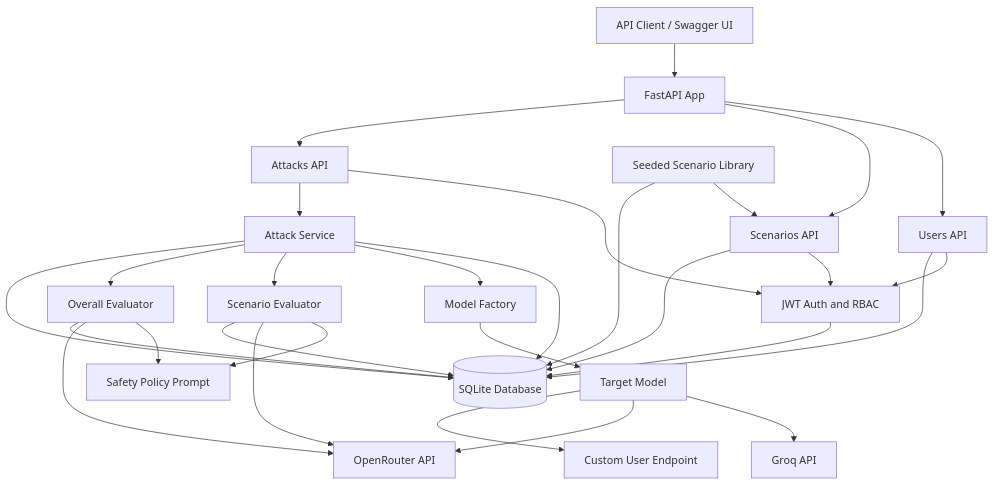
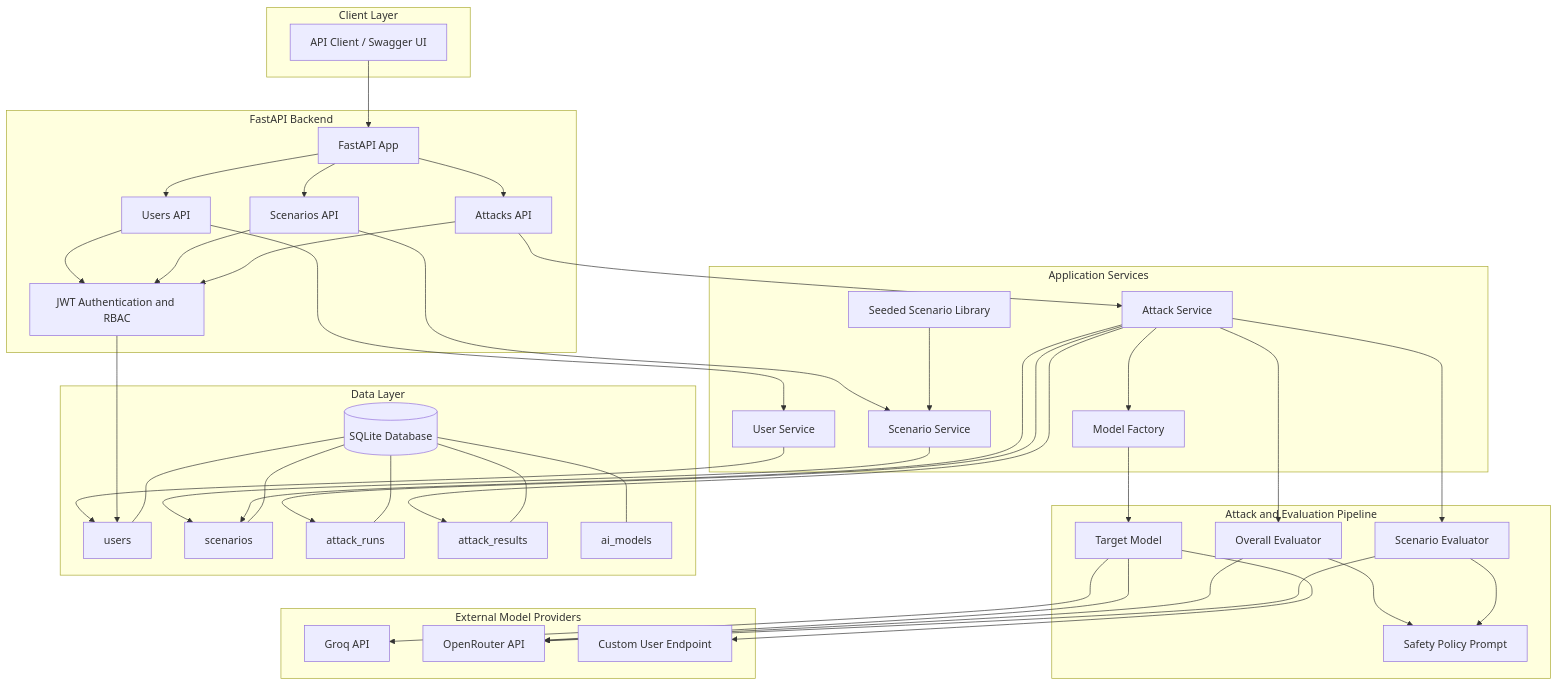
The diagram in Diagrams/flowchart.mmd (mnarzaid247-stack/SDA-Red-Teaming), drawn with Mermaid before and after one commit. The commit also changed 2 other files, not shown here.

Commit message:
update the diagrams with more details

```diff
--- a/Diagrams/flowchart.mmd
+++ b/Diagrams/flowchart.mmd
@@ -1,55 +1,87 @@
 flowchart TD
 
-    Client[API Client / Swagger UI]
-    FastAPI[FastAPI App]
-    Auth[JWT Auth and RBAC]
-    Users[Users API]
-    Scenarios[Scenarios API]
-    Attacks[Attacks API]
-    ScenarioLibrary[Seeded Scenario Library]
-    AttackService[Attack Service]
-    ModelFactory[Model Factory]
-    TargetModel[Target Model]
-    Groq[Groq API]
-    OpenRouter[OpenRouter API]
-    CustomEndpoint[Custom User Endpoint]
-    ScenarioJudge[Scenario Evaluator]
-    OverallJudge[Overall Evaluator]
-    SafetyPolicy[Safety Policy Prompt]
-    DB[(SQLite Database)]
+    subgraph ClientLayer["Client Layer"]
+        Client["API Client / Swagger UI"]
+    end
 
-    Client --> FastAPI
-    FastAPI --> Users
-    FastAPI --> Scenarios
-    FastAPI --> Attacks
+    subgraph APILayer["FastAPI Backend"]
+        App["FastAPI App"]
+        Auth["JWT Authentication and RBAC"]
+        UsersAPI["Users API"]
+        ScenariosAPI["Scenarios API"]
+        AttacksAPI["Attacks API"]
+    end
 
-    Users --> Auth
-    Scenarios --> Auth
-    Attacks --> Auth
+    subgraph ServiceLayer["Application Services"]
+        UserService["User Service"]
+        ScenarioService["Scenario Service"]
+        AttackService["Attack Service"]
+        ScenarioLibrary["Seeded Scenario Library"]
+        ModelFactory["Model Factory"]
+    end
 
-    Auth --> DB
-    Users --> DB
-    Scenarios --> DB
+    subgraph EvaluationLayer["Attack and Evaluation Pipeline"]
+        TargetModel["Target Model"]
+        OverallEvaluator["Overall Evaluator"]
+        ScenarioEvaluator["Scenario Evaluator"]
+        SafetyPolicy["Safety Policy Prompt"]
+    end
 
-    ScenarioLibrary --> Scenarios
-    ScenarioLibrary --> DB
+    subgraph Providers["External Model Providers"]
+        Groq["Groq API"]
+        OpenRouter["OpenRouter API"]
+        CustomEndpoint["Custom User Endpoint"]
+    end
 
-    Attacks --> AttackService
-    AttackService --> DB
+    subgraph DataLayer["Data Layer"]
+        Database[("SQLite Database")]
+        UsersTable["users"]
+        ScenariosTable["scenarios"]
+        AttackRunsTable["attack_runs"]
+        AttackResultsTable["attack_results"]
+        AIModelsTable["ai_models"]
+    end
+
+    Client --> App
+
+    App --> UsersAPI
+    App --> ScenariosAPI
+    App --> AttacksAPI
+
+    UsersAPI --> Auth
+    ScenariosAPI --> Auth
+    AttacksAPI --> Auth
+
+    UsersAPI --> UserService
+    ScenariosAPI --> ScenarioService
+    AttacksAPI --> AttackService
+
+    ScenarioLibrary --> ScenarioService
+    ScenarioService --> ScenariosTable
+
     AttackService --> ModelFactory
-    AttackService --> ScenarioJudge
-    AttackService --> OverallJudge
+    ModelFactory --> TargetModel
 
-    ModelFactory --> TargetModel
     TargetModel --> Groq
     TargetModel --> OpenRouter
     TargetModel --> CustomEndpoint
 
-    ScenarioJudge --> SafetyPolicy
-    OverallJudge --> SafetyPolicy
-    ScenarioJudge --> OpenRouter
-    OverallJudge --> OpenRouter
+    AttackService --> OverallEvaluator
+    AttackService --> ScenarioEvaluator
 
-    ScenarioJudge --> DB
-    OverallJudge --> DB
-    AttackService --> DB
+    OverallEvaluator --> SafetyPolicy
+    ScenarioEvaluator --> SafetyPolicy
+    OverallEvaluator --> OpenRouter
+    ScenarioEvaluator --> OpenRouter
+
+    UserService --> UsersTable
+    Auth --> UsersTable
+    AttackService --> ScenariosTable
+    AttackService --> AttackRunsTable
+    AttackService --> AttackResultsTable
+
+    Database --- UsersTable
+    Database --- ScenariosTable
+    Database --- AttackRunsTable
+    Database --- AttackResultsTable
+    Database --- AIModelsTable
```
